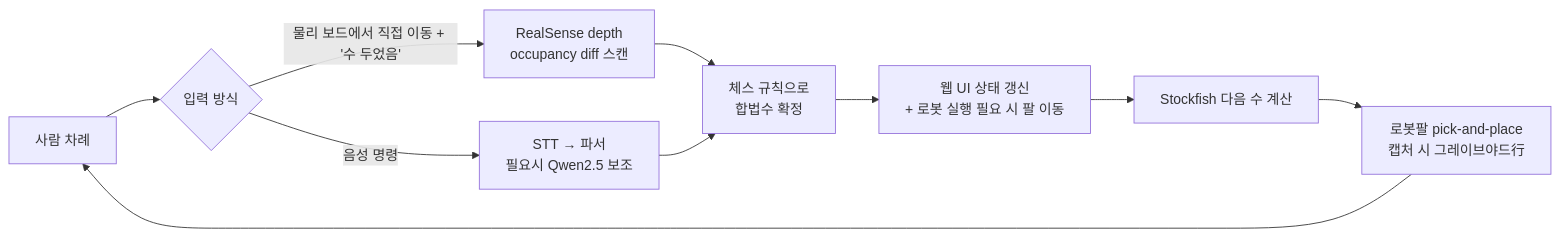
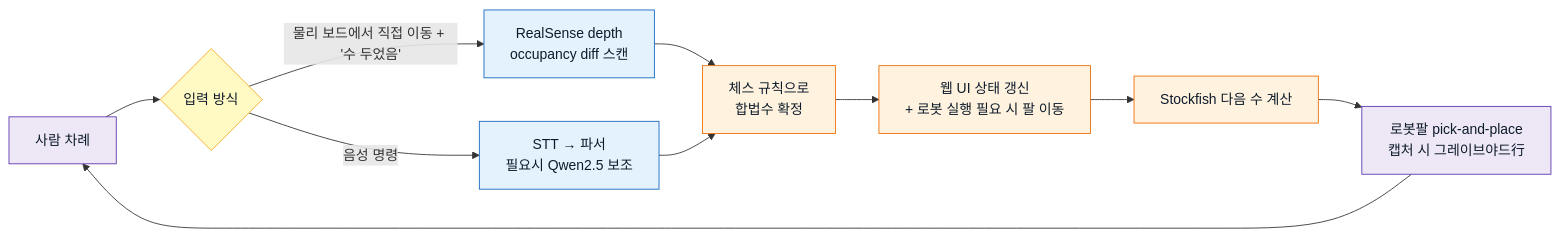
One commit to yngkim/Rokey-A-1-cobot2 changed the third of 3 diagrams in README.md. Above: the diagram before and after it, drawn with Mermaid. The commit also changed other lines of this file and 5 other files, not shown here.

````diff
--- a/README.md
+++ b/README.md
@@ -69,12 +115,22 @@
 ```mermaid
 flowchart LR
     A[사람 차례] --> B{입력 방식}
     B -- "물리 보드에서 직접 이동 + '수 두었음'" --> C[RealSense depth<br/>occupancy diff 스캔]
     B -- "음성 명령" --> D[STT → 파서<br/>필요시 Qwen2.5 보조]
     C --> E[체스 규칙으로<br/>합법수 확정]
     D --> E
     E --> F[웹 UI 상태 갱신<br/>+ 로봇 실행 필요 시 팔 이동]
     F --> G[Stockfish 다음 수 계산]
     G --> H[로봇팔 pick-and-place<br/>캡처 시 그레이브야드行]
     H --> A
+
+    classDef turn fill:#ede7f6,stroke:#5e35b1,color:#0d1b2a;
+    classDef sense fill:#e3f2fd,stroke:#1565c0,color:#0d1b2a;
+    classDef decide fill:#fff9c4,stroke:#f9a825,color:#0d1b2a;
+    classDef act fill:#fff3e0,stroke:#ef6c00,color:#0d1b2a;
+
+    class A,H turn
+    class C,D sense
+    class B decide
+    class E,F,G act
 ```
````
